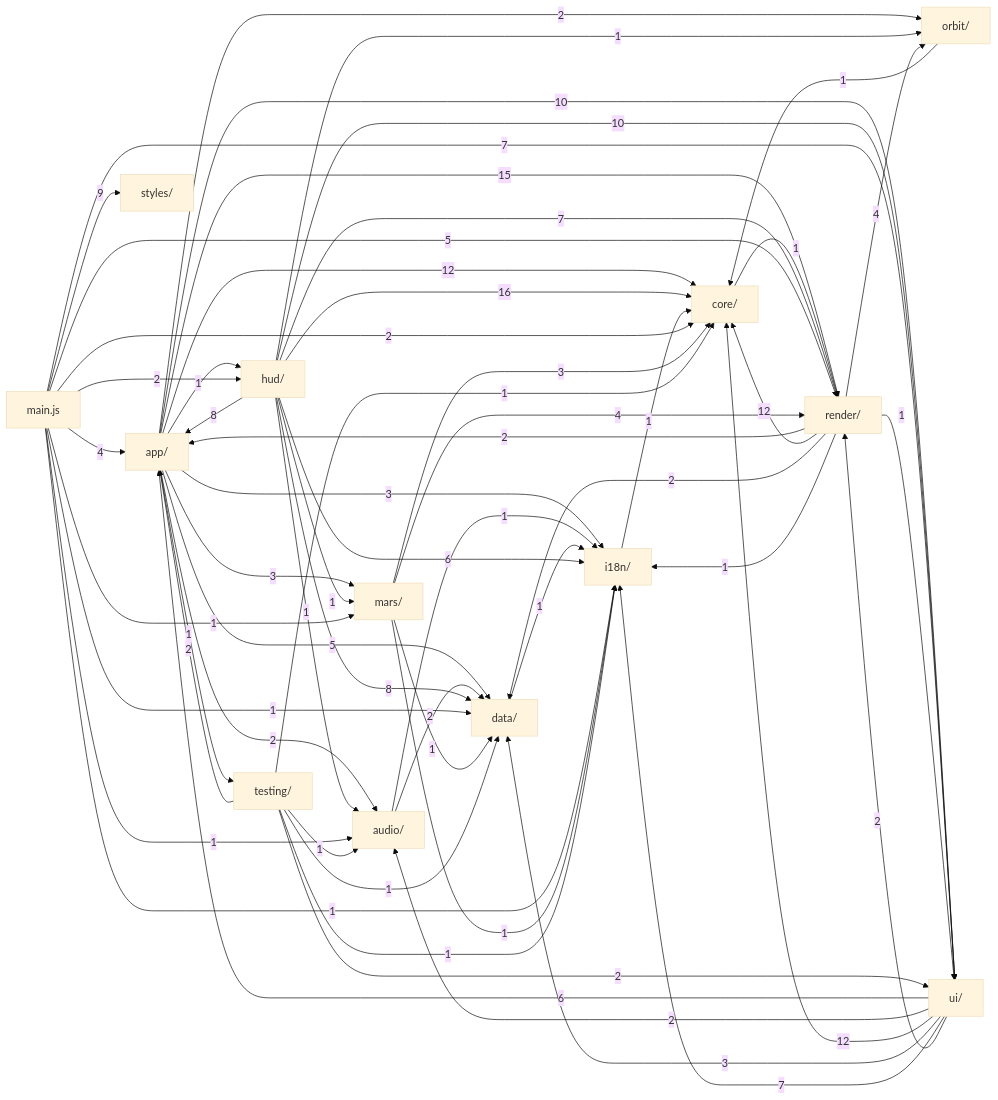
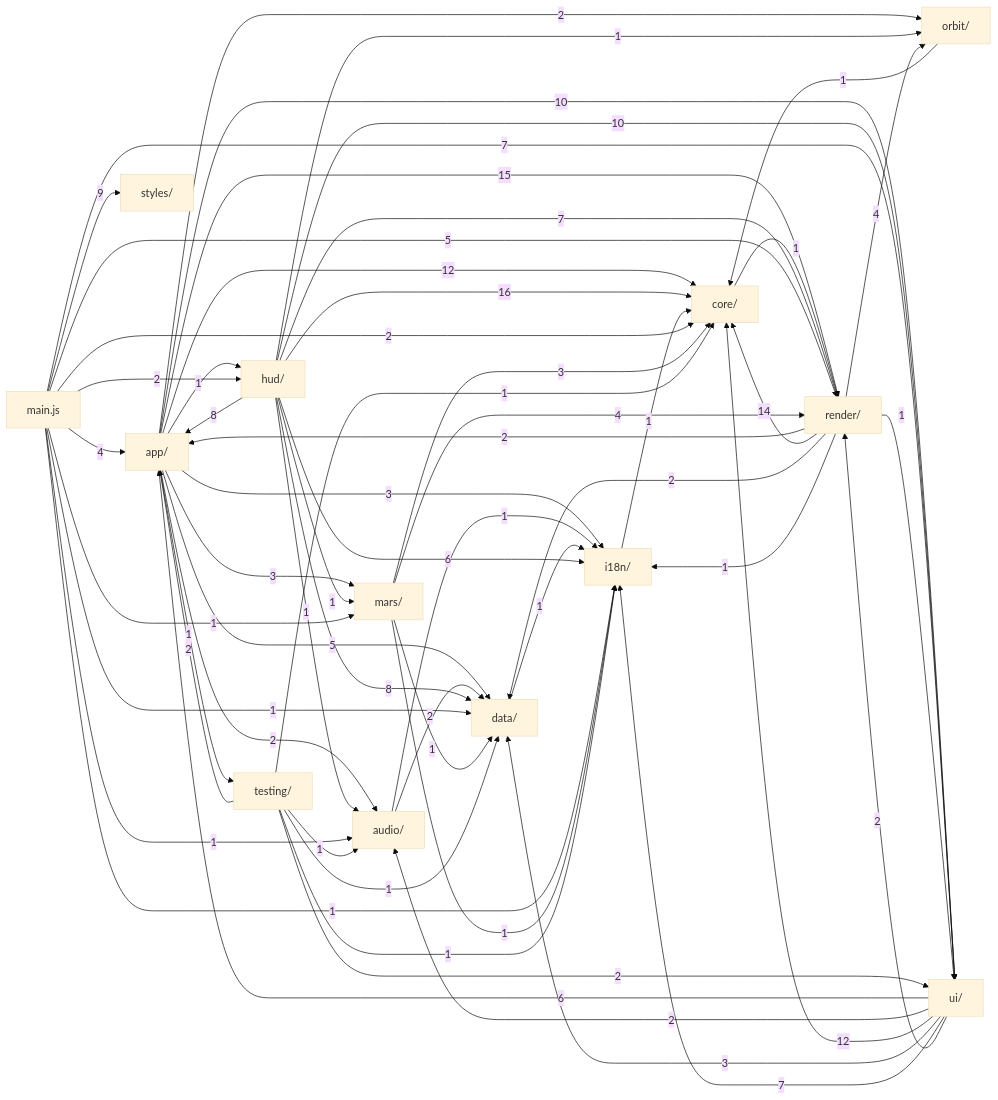
Before and after one commit to johanneswanzek/sonnensystem: the diagram in docs/modulkarte.md, drawn with Mermaid (base theme). The commit also changed other lines of this file and 12 other files, not shown here.

````diff
--- a/docs/modulkarte.md
+++ b/docs/modulkarte.md
@@ -13,73 +13,73 @@
 ```mermaid
 flowchart LR
   app["app/"]
   audio["audio/"]
   core["core/"]
   data["data/"]
   hud["hud/"]
   i18n["i18n/"]
   main_js["main.js"]
   mars["mars/"]
   orbit["orbit/"]
   render["render/"]
   styles["styles/"]
   testing["testing/"]
   ui["ui/"]
   app -->|2| audio
   app -->|12| core
   app -->|5| data
   app -->|1| hud
   app -->|3| i18n
   app -->|3| mars
   app -->|2| orbit
   app -->|15| render
   app -->|1| testing
   app -->|10| ui
   audio -->|2| data
   audio -->|1| i18n
   core -->|1| render
   data -->|1| i18n
   hud -->|8| app
   hud -->|1| audio
   hud -->|16| core
   hud -->|8| data
   hud -->|6| i18n
   hud -->|1| mars
   hud -->|1| orbit
   hud -->|7| render
   hud -->|10| ui
   i18n -->|1| core
   main_js -->|4| app
   main_js -->|1| audio
   main_js -->|2| core
   main_js -->|1| data
   main_js -->|2| hud
   main_js -->|1| i18n
   main_js -->|1| mars
   main_js -->|5| render
   main_js -->|9| styles
   main_js -->|7| ui
   mars -->|3| core
   mars -->|1| data
   mars -->|1| i18n
   mars -->|4| render
   orbit -->|1| core
   render -->|2| app
-  render -->|12| core
+  render -->|14| core
   render -->|2| data
   render -->|1| i18n
   render -->|4| orbit
   render -->|1| ui
   testing -->|2| app
   testing -->|1| audio
   testing -->|1| core
   testing -->|1| data
   testing -->|1| i18n
   testing -->|2| ui
   ui -->|6| app
   ui -->|2| audio
   ui -->|12| core
   ui -->|3| data
   ui -->|7| i18n
   ui -->|2| render
 ```
````
